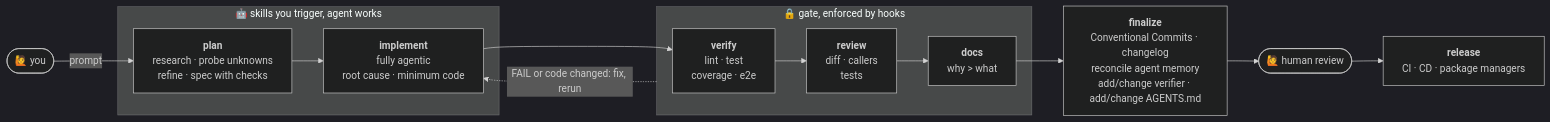
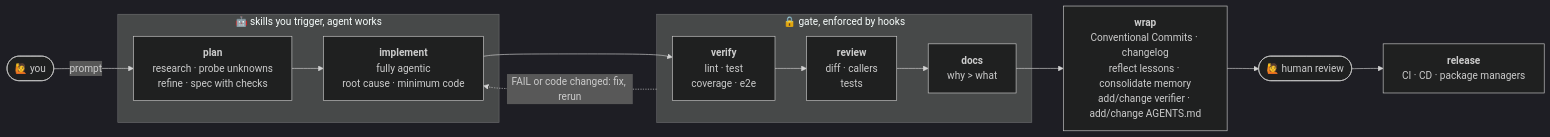
One commit to kyr0/defuss-vae changed the first of 2 diagrams in README.md. Above: the diagram before and after it, drawn with Mermaid (dark theme). The commit also changed other lines of this file and 11 other files, not shown here.

````diff
--- a/README.md
+++ b/README.md
@@ -29,23 +30,23 @@
 ```mermaid
 flowchart LR
     H([🙋 you]) -->|"prompt"| P
 
     subgraph agent ["🤖 skills you trigger, agent works"]
         P["<b>plan</b><br/>research · probe unknowns<br/>refine · spec with checks"]
         I["<b>implement</b><br/>fully agentic<br/>root cause · minimum code"]
         P --> I
     end
 
     subgraph gate ["🔒 gate, enforced by hooks"]
         V["<b>verify</b><br/>lint · test<br/>coverage · e2e"]
         R["<b>review</b><br/>diff · callers<br/>tests"]
         D["<b>docs</b><br/>why > what"]
         V --> R --> D
     end
 
     I --> V
     gate -.->|"FAIL or code changed: fix, rerun"| I
-    D --> F["<b>finalize</b><br/>Conventional Commits · changelog<br/>reconcile agent memory<br/>add/change verifier · add/change AGENTS.md"]
+    D --> F["<b>wrap</b><br/>Conventional Commits · changelog<br/>reflect lessons · consolidate memory<br/>add/change verifier · add/change AGENTS.md"]
     F --> HR([🙋 human review])
     HR --> REL["<b>release</b><br/>CI · CD · package managers"]
 ```
````
